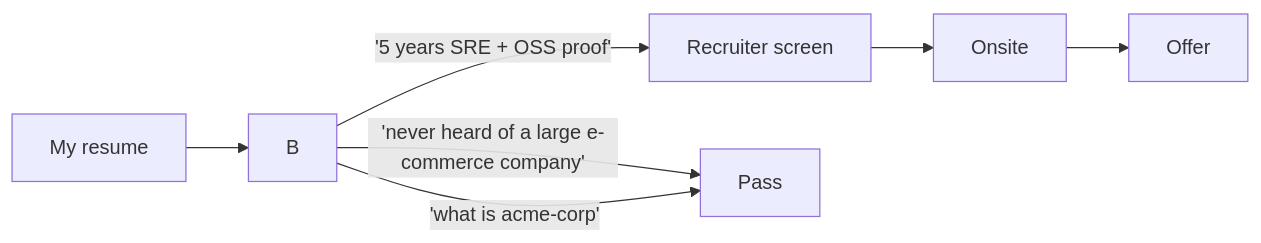
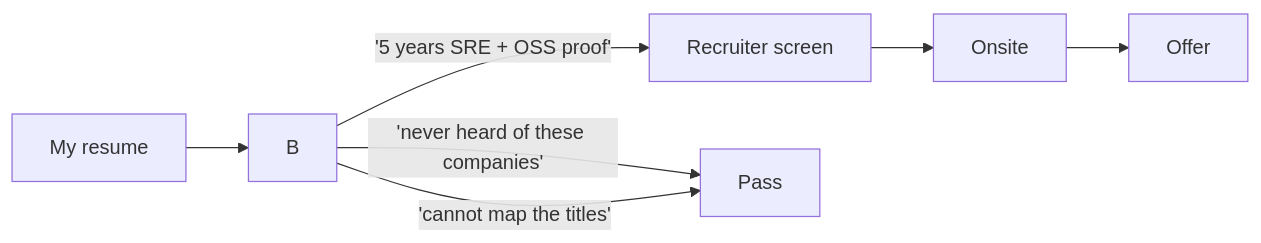
Before and after one commit to JIUNG9/sre-knowledge-engine: the second of 4 diagrams in articles/08-open-sourcing-capstone/article.md, drawn with Mermaid. The commit also changed other lines of this file and 40 other files, not shown here.

````diff
--- a/articles/08-open-sourcing-capstone/article.md
+++ b/articles/08-open-sourcing-capstone/article.md
@@ -80,13 +80,13 @@
 ```mermaid
 flowchart LR
     A[My resume]
     C[Recruiter screen]
     D[Onsite]
     E[Offer]
 
     A --> B
-    B -->|'never heard of a large e-commerce company'| F[Pass]
-    B -->|'what is acme-corp'| F
+    B -->|'never heard of these companies'| F[Pass]
+    B -->|'cannot map the titles'| F
     B -->|'5 years SRE + OSS proof'| C
     C --> D --> E
 ```
````
